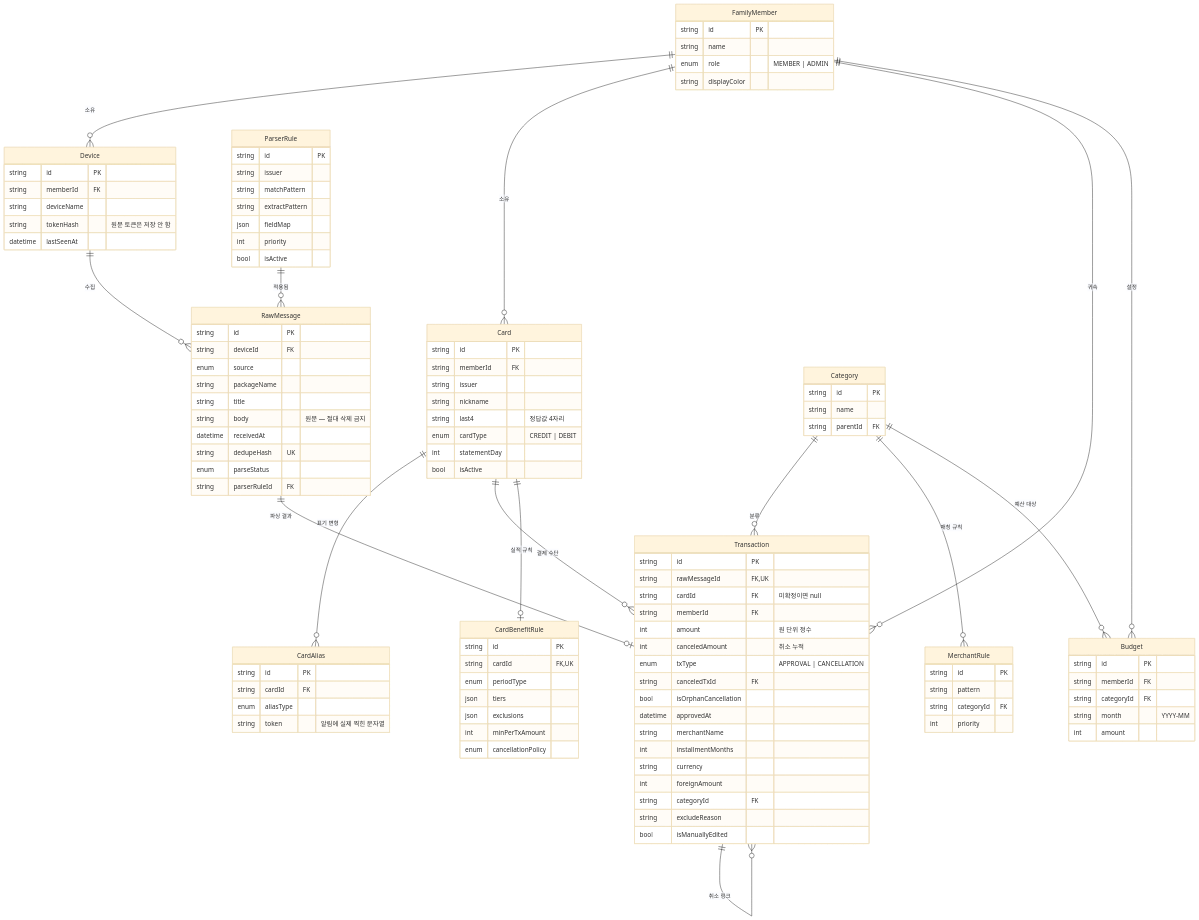
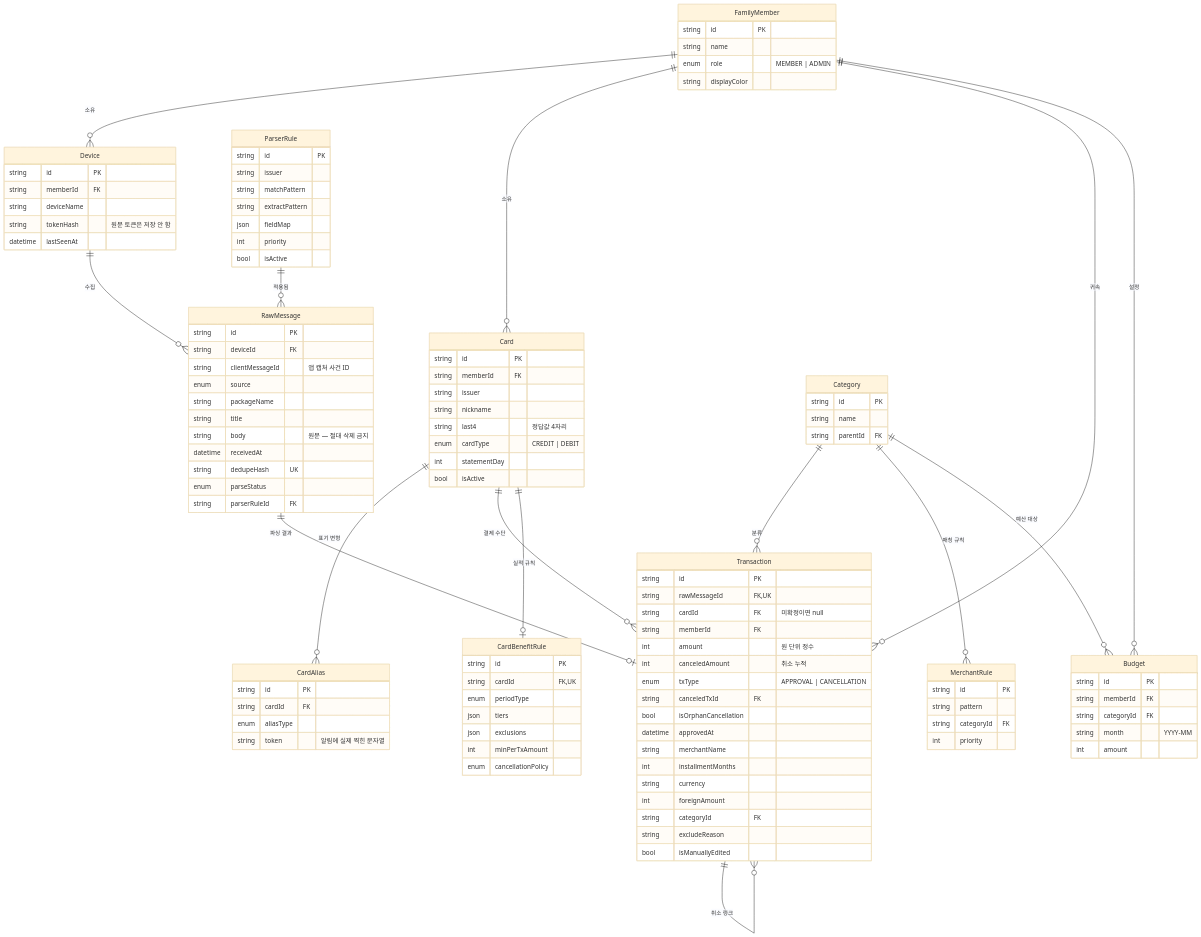
The diagram in docs/design/01-data-model.md (jihoon22-lee/FamilyCard), drawn with Mermaid (base theme) before and after one commit. The commit also changed other lines of this file and 84 other files, not shown here.

```diff
--- a/docs/design/01-data-model.md
+++ b/docs/design/01-data-model.md
@@ -63,6 +63,7 @@
     RawMessage {
         string id PK
         string deviceId FK
+        string clientMessageId "앱 캡처 사건 ID"
         enum   source
         string packageName
         string title
```
